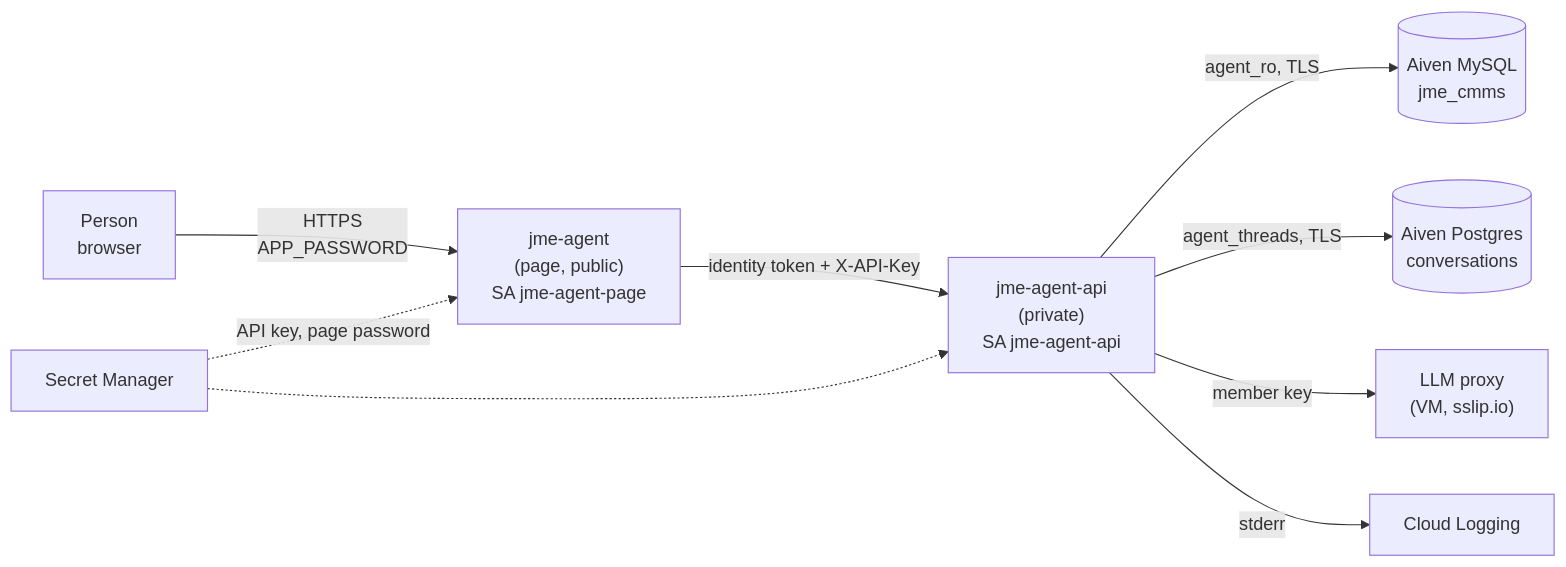
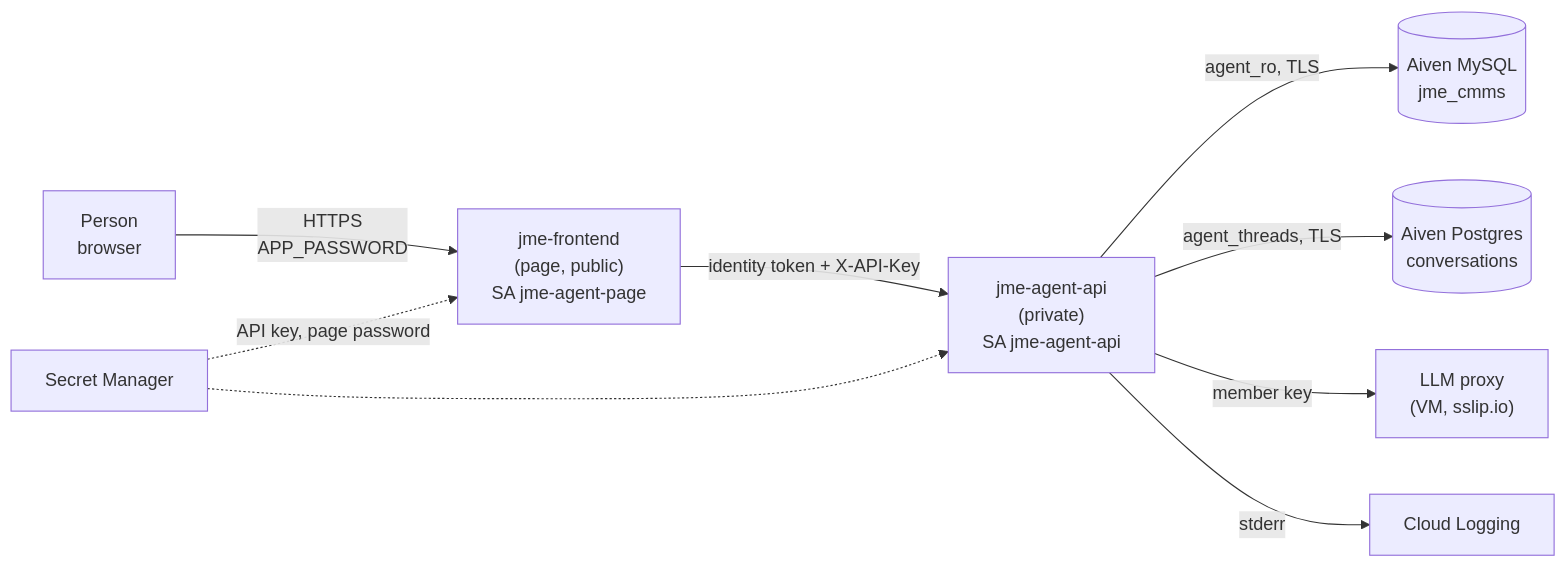
One commit to ensanguine2279/sctp-aie-m5-jurong-marine changed the second of 2 diagrams in docs/agent_ui.md. Above: the diagram before and after it, drawn with Mermaid. The commit also changed other lines of this file and 32 other files, not shown here.

Commit message:
refactor: separated agent api and frontend into separate modules

````diff
--- a/docs/agent_ui.md
+++ b/docs/agent_ui.md
@@ -273,11 +273,11 @@
 ```mermaid
 flowchart LR
-    P["Person<br/>browser"] -->|"HTTPS<br/>APP_PASSWORD"| W["jme-agent<br/>(page, public)<br/>SA jme-agent-page"]
+    P["Person<br/>browser"] -->|"HTTPS<br/>APP_PASSWORD"| W["jme-frontend<br/>(page, public)<br/>SA jme-agent-page"]
     W -->|"identity token + X-API-Key"| A["jme-agent-api<br/>(private)<br/>SA jme-agent-api"]
     A -->|"agent_ro, TLS"| M[("Aiven MySQL<br/>jme_cmms")]
     A -->|"agent_threads, TLS"| G[("Aiven Postgres<br/>conversations")]
     A -->|"member key"| L["LLM proxy<br/>(VM, sslip.io)"]
     S["Secret Manager"] -.-> A
     S -.->|"API key, page password"| W
     A -->|stderr| CL["Cloud Logging"]
 ```
````
